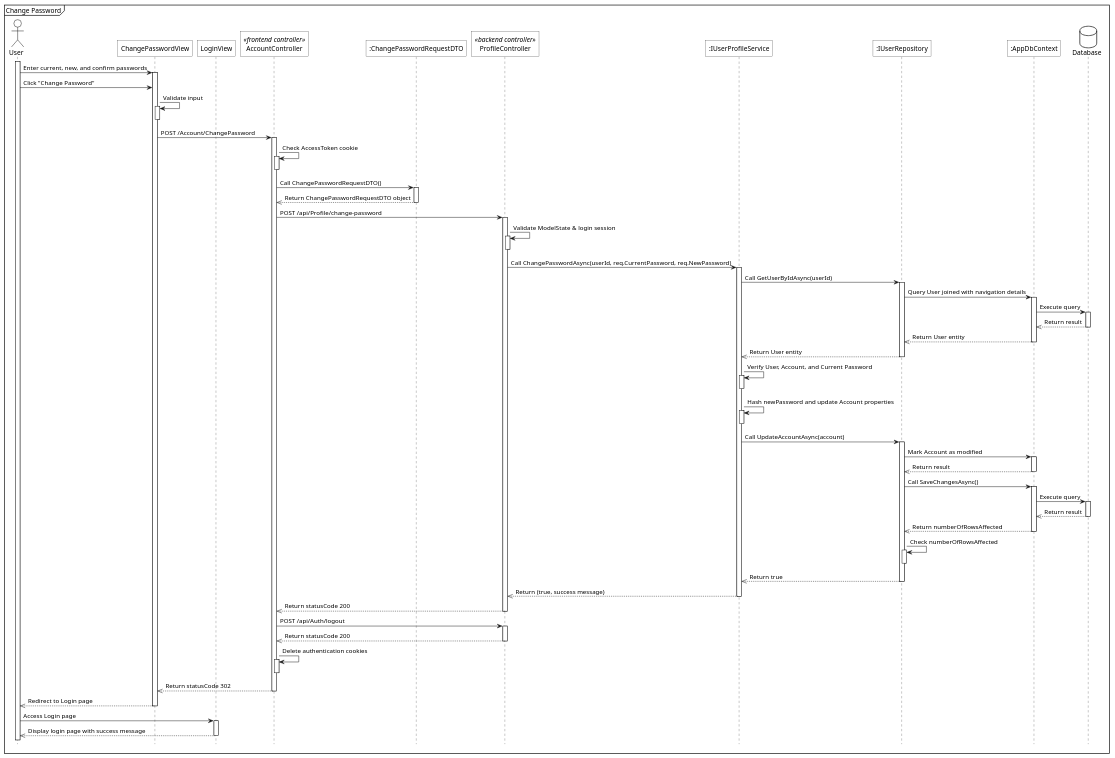
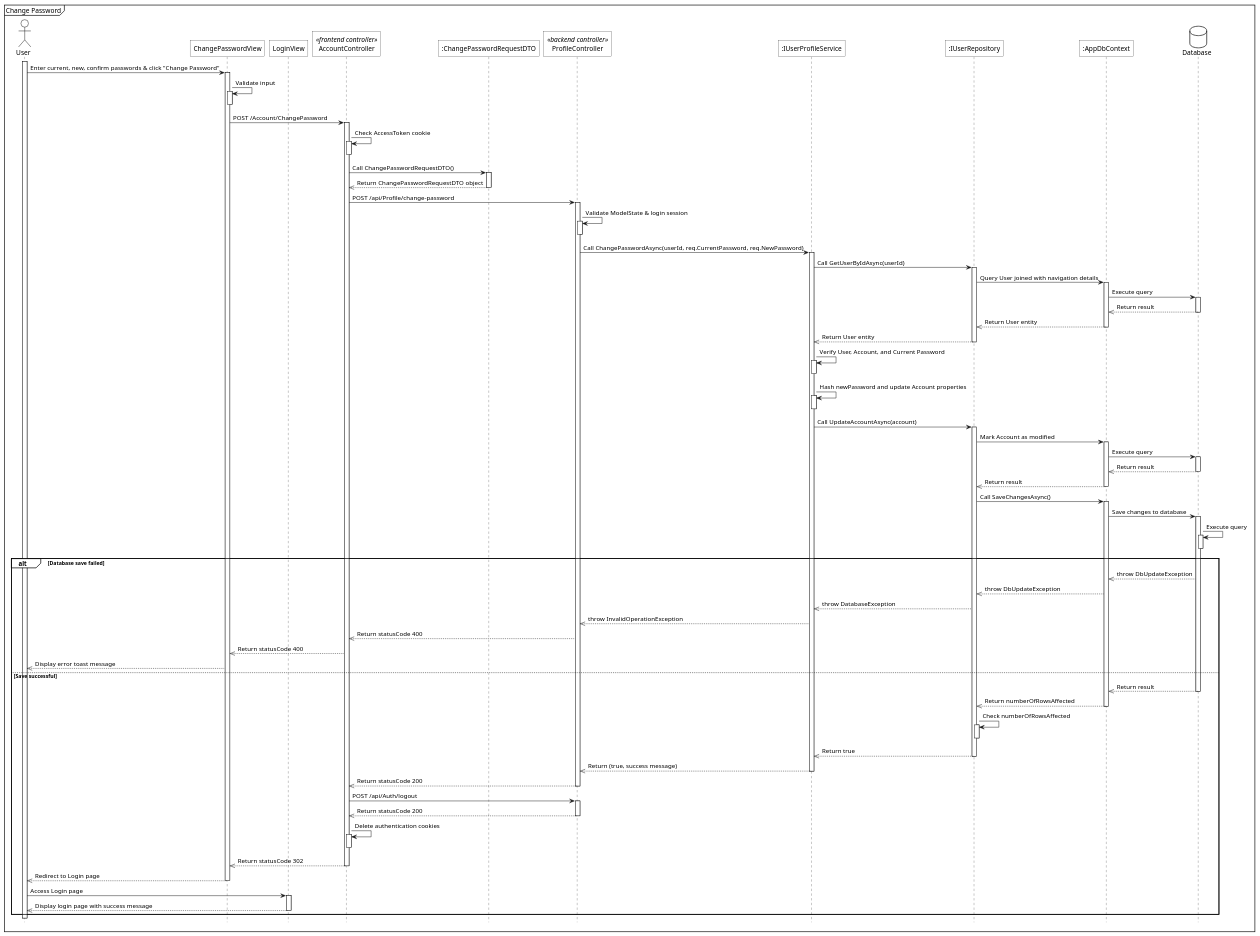
The diagram in diagrams/sequence/profile/sq_change_password.plantuml (1000do/Linked), drawn with PlantUML before and after one commit. The commit also changed 15 other files, not shown here.

Commit message:
sequence cua tao

```diff
--- a/diagrams/sequence/profile/sq_change_password.plantuml
+++ b/diagrams/sequence/profile/sq_change_password.plantuml
@@ -1,103 +1,118 @@
 @startuml
 <style>
     sequenceDiagram{
         actor{
             BackgroundColor white
             LineThickness 1.0
         }
         participant{
             BackgroundColor white
             RoundCorner 0
         }
         database{
             BackgroundColor white
         }
         groupHeader{
             BackgroundColor white
         }
         referenceHeader{
             BackgroundColor white
         }
         reference{
             BackgroundColor white
         }
     }
 </style>
 
 hide footbox
 
 mainframe Change Password
 actor User as act
 
 participant "ChangePasswordView" as view
 participant "LoginView" as r_view
 participant "AccountController" as fe_ctrl <<frontend controller>>
 participant ":ChangePasswordRequestDTO" as be_req
 participant "ProfileController" as be_ctrl <<backend controller>>
 participant ":IUserProfileService" as sv
 participant ":IUserRepository" as repo
 participant ":AppDbContext" as ctx
 database Database as db
 
 act++
-act->view++: Enter current, new, and confirm passwords
-act->view: Click "Change Password"
+act->view++: Enter current, new, confirm passwords & click "Change Password"
 
 view->view++: Validate input
 view--
 
 view->fe_ctrl++: POST /Account/ChangePassword
 
 fe_ctrl->fe_ctrl++: Check AccessToken cookie
 fe_ctrl--
 
 fe_ctrl->be_req++: Call ChangePasswordRequestDTO()
 be_req-->>fe_ctrl--: Return ChangePasswordRequestDTO object
 
 fe_ctrl->be_ctrl++: POST /api/Profile/change-password
 
 be_ctrl->be_ctrl++: Validate ModelState & login session
 be_ctrl--
 
 be_ctrl->sv++: Call ChangePasswordAsync(userId, req.CurrentPassword, req.NewPassword)
 
 sv->repo++: Call GetUserByIdAsync(userId)
 repo->ctx++: Query User joined with navigation details
 ctx->db++: Execute query
 db-->>ctx--: Return result
 ctx-->>repo--: Return User entity
 repo-->>sv--: Return User entity
 
 sv->sv++: Verify User, Account, and Current Password
 sv--
 
 sv->sv++: Hash newPassword and update Account properties
 sv--
 
 sv->repo++: Call UpdateAccountAsync(account)
 repo->ctx++: Mark Account as modified
+ctx->db++: Execute query
+db-->>ctx--: Return result
 ctx-->>repo--: Return result
 
 repo->ctx++: Call SaveChangesAsync()
-ctx->db++: Execute query
-db-->>ctx--: Return result
-ctx-->>repo--: Return numberOfRowsAffected
+ctx->db++: Save changes to database
 
-repo->repo++: Check numberOfRowsAffected
-repo--
+db->db++: Execute query
+db--
 
-repo-->>sv--: Return true
-sv-->>be_ctrl--: Return (true, success message)
-be_ctrl-->>fe_ctrl--: Return statusCode 200
-
-fe_ctrl->be_ctrl++: POST /api/Auth/logout
-be_ctrl-->>fe_ctrl--: Return statusCode 200
-
-fe_ctrl->fe_ctrl++: Delete authentication cookies
-fe_ctrl--
-
-fe_ctrl-->>view--: Return statusCode 302
-view-->>act--: Redirect to Login page
-act->r_view++: Access Login page
-r_view-->>act--: Display login page with success message
+alt Database save failed
+    db-->>ctx: throw DbUpdateException
+    ctx-->>repo: throw DbUpdateException
+    repo-->>sv: throw DatabaseException
+    sv-->>be_ctrl: throw InvalidOperationException
+    be_ctrl-->>fe_ctrl: Return statusCode 400
+    fe_ctrl-->>view: Return statusCode 400
+    view-->>act: Display error toast message
+else Save successful
+    db-->>ctx--: Return result
+    ctx-->>repo--: Return numberOfRowsAffected
+    
+    repo->repo++: Check numberOfRowsAffected
+    repo--
+    
+    repo-->>sv--: Return true
+    sv-->>be_ctrl--: Return (true, success message)
+    be_ctrl-->>fe_ctrl--: Return statusCode 200
+    
+    fe_ctrl->be_ctrl++: POST /api/Auth/logout
+    be_ctrl-->>fe_ctrl--: Return statusCode 200
+    
+    fe_ctrl->fe_ctrl++: Delete authentication cookies
+    fe_ctrl--
+    
+    fe_ctrl-->>view--: Return statusCode 302
+    view-->>act--: Redirect to Login page
+    act->r_view++: Access Login page
+    r_view-->>act--: Display login page with success message
+end
 @enduml
```
